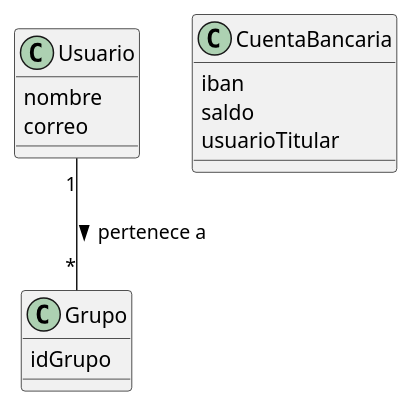
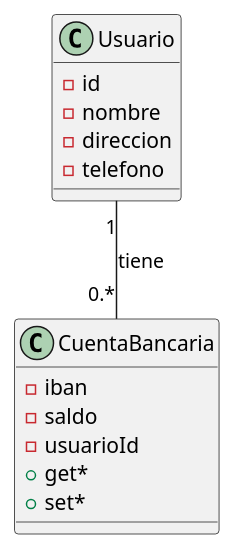
Before and after one commit to tagMe-proyectoBancos/banco-back: the diagram in src/documents/.puml, drawn with PlantUML. The commit also changed other lines of this file, not shown here.

Commit message:
docs(): creado .puml

```diff
--- a/src/documents/.puml
+++ b/src/documents/.puml
@@ -2,20 +1,20 @@
 @startuml
 
-class Usuario{
-    nombre
-    correo
+class CuentaBancaria{
+    -iban
+    -saldo
+    -usuarioId
+    +get*
+    +set*
 }
 
-class Grupo{
-    idGrupo
+class Usuario{
+    -id
+    -nombre
+    -direccion
+    -telefono
 }
 
-class CuentaBancaria{
-    iban
-    saldo
-    usuarioTitular
-}
-
-Usuario "1" -- "*" Grupo : pertenece a >
+Usuario "1" -- "0.*" CuentaBancaria : tiene
 
 @enduml
```
